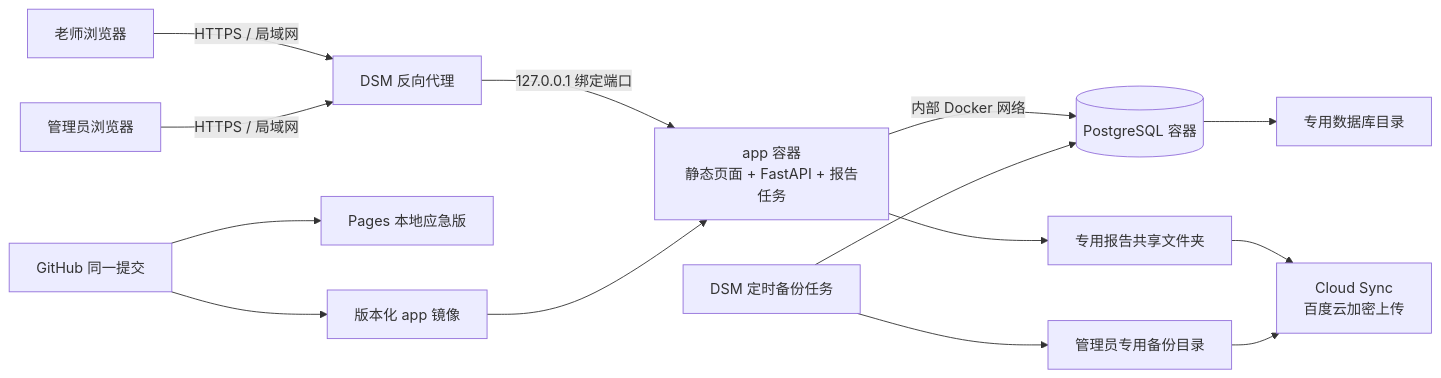
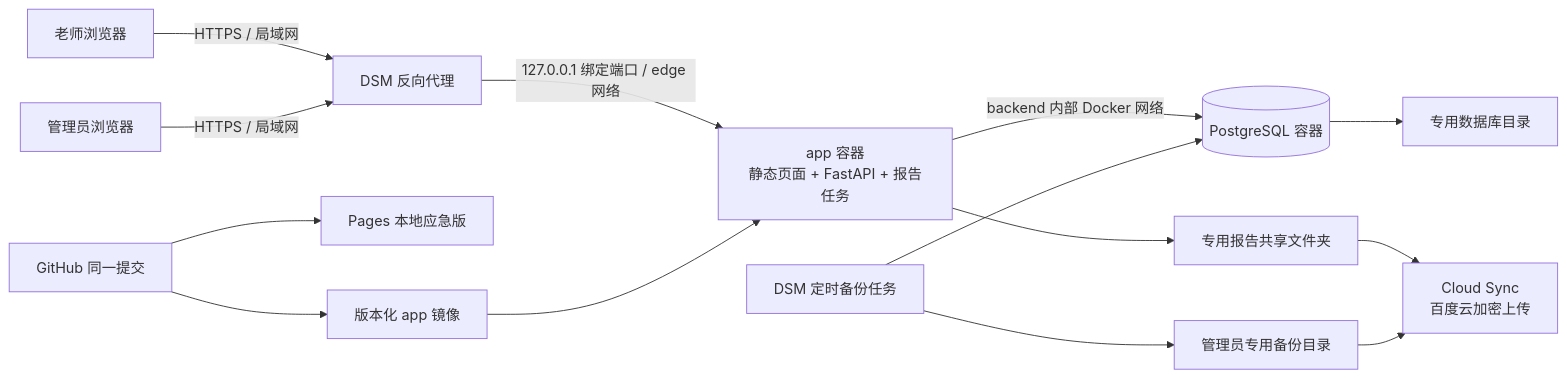
The diagram in docs/superpowers/specs/2026-08-25-nas-centralized-app-design.md (liwlin/innovation-diagnostic-report-generator), drawn with Mermaid before and after one commit. The commit also changed other lines of this file and 3 other files, not shown here.

````diff
--- a/docs/superpowers/specs/2026-08-25-nas-centralized-app-design.md
+++ b/docs/superpowers/specs/2026-08-25-nas-centralized-app-design.md
@@ -49,16 +49,16 @@
 ```mermaid
 flowchart LR
     T[老师浏览器] -->|HTTPS / 局域网| R[DSM 反向代理]
     A[管理员浏览器] -->|HTTPS / 局域网| R
-    R -->|127.0.0.1 绑定端口| APP[app 容器\n静态页面 + FastAPI + 报告任务]
-    APP -->|内部 Docker 网络| DB[(PostgreSQL 容器)]
+    R -->|127.0.0.1 绑定端口 / edge 网络| APP[app 容器\n静态页面 + FastAPI + 报告任务]
+    APP -->|backend 内部 Docker 网络| DB[(PostgreSQL 容器)]
     APP --> REPORTS[专用报告共享文件夹]
     DB --> DATA[专用数据库目录]
     BACKUP[DSM 定时备份任务] --> DB
     BACKUP --> STAGE[管理员专用备份目录]
     REPORTS --> CLOUD[Cloud Sync\n百度云加密上传]
     STAGE --> CLOUD
     GH[GitHub 同一提交] --> PAGES[Pages 本地应急版]
     GH --> IMAGE[版本化 app 镜像]
     IMAGE --> APP
 ```
````
